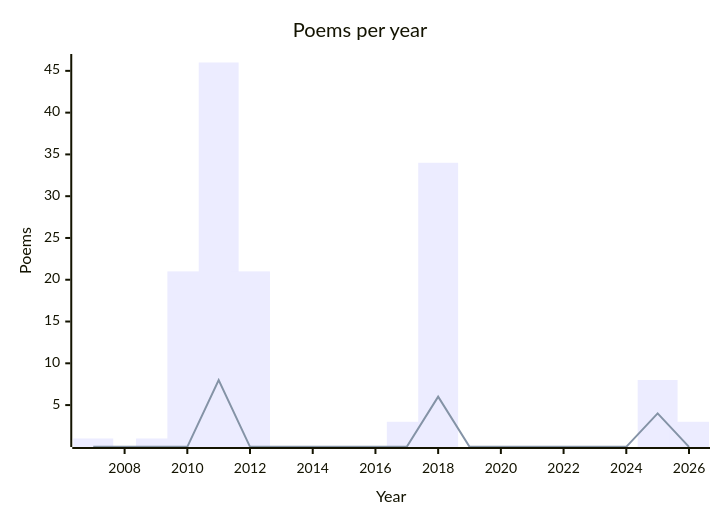
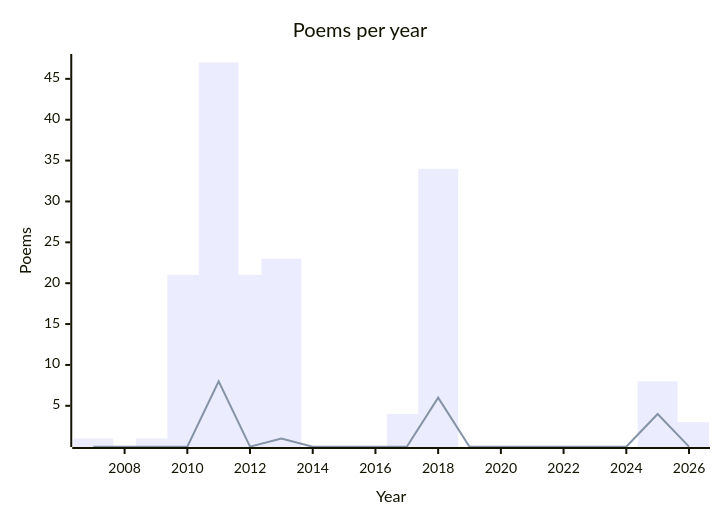
Before and after one commit to g-ongenae/blog: the first of 2 diagrams in tell/README.md, drawn with Mermaid. The commit also changed other lines of this file and 1 other file, not shown here.

````diff
--- a/tell/README.md
+++ b/tell/README.md
@@ -15,8 +15,8 @@
 ```mermaid
 xychart-beta
   title "Poems per year"
   x-axis "Year" 2007 --> 2026
-  y-axis "Poems" 1 --> 46
-  bar [1, 0, 1, 21, 46, 21, 0, 0, 0, 0, 3, 34, 0, 0, 0, 0, 0, 0, 8, 3]
-  line [0, 0, 0, 0, 8, 0, 0, 0, 0, 0, 0, 6, 0, 0, 0, 0, 0, 0, 4, 0]
+  y-axis "Poems" 1 --> 47
+  bar [1, 0, 1, 21, 47, 21, 23, 0, 0, 0, 4, 34, 0, 0, 0, 0, 0, 0, 8, 3]
+  line [0, 0, 0, 0, 8, 0, 1, 0, 0, 0, 0, 6, 0, 0, 0, 0, 0, 0, 4, 0]
 ```
````
